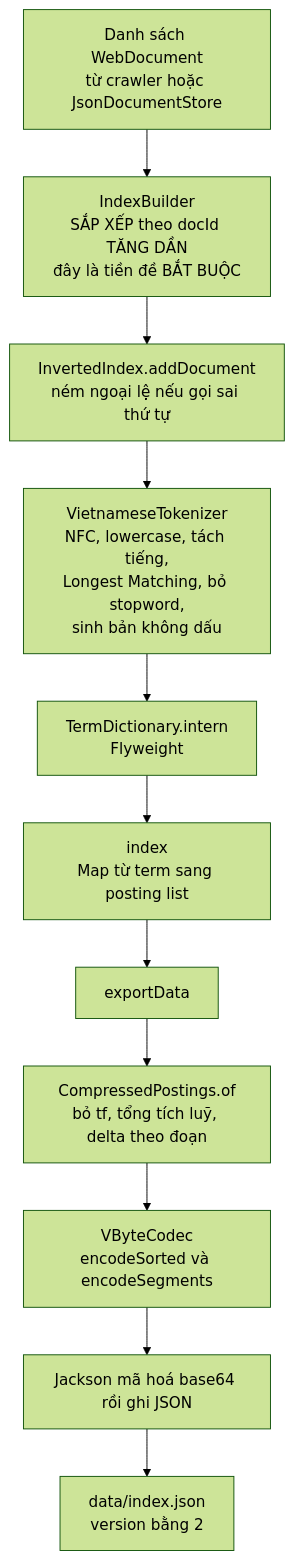
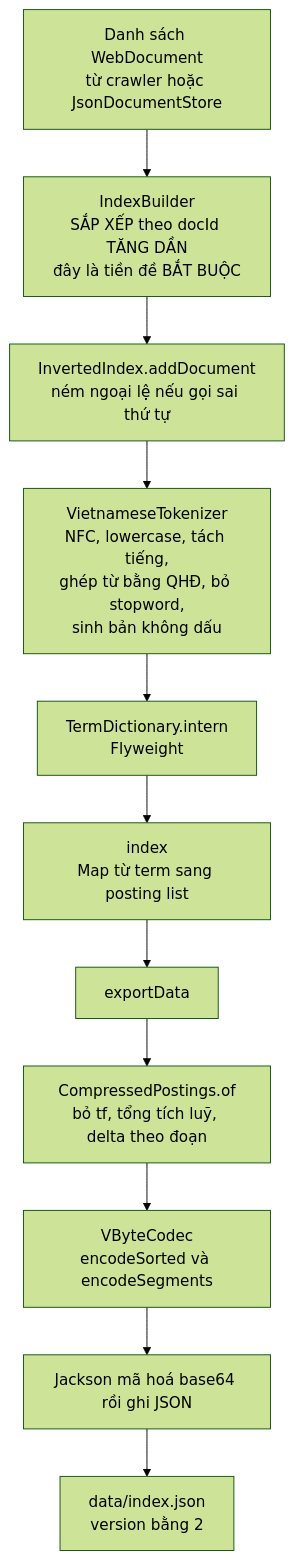
One commit to KietAnhCS/CocCoc-Plus changed the second of 11 diagrams in docs/Math/03-index/00-SO-DO-TU-DUY.md. Above: the diagram before and after it, drawn with Mermaid (forest theme). The commit also changed other lines of this file and 1 other file, not shown here.

First line of the commit message:
docs: correct tokenizer algorithm and dictionary

````diff
--- a/docs/Math/03-index/00-SO-DO-TU-DUY.md
+++ b/docs/Math/03-index/00-SO-DO-TU-DUY.md
@@ -88,19 +88,19 @@
 ```mermaid
 
 flowchart TD
     DOC["Danh sách WebDocument<br/>từ crawler hoặc JsonDocumentStore"]
     SORT["IndexBuilder<br/>SẮP XẾP theo docId TĂNG DẦN<br/>đây là tiền đề BẮT BUỘC"]
     ADD["InvertedIndex.addDocument<br/>ném ngoại lệ nếu gọi sai thứ tự"]
-    TOK["VietnameseTokenizer<br/>NFC, lowercase, tách tiếng,<br/>Longest Matching, bỏ stopword,<br/>sinh bản không dấu"]
+    TOK["VietnameseTokenizer<br/>NFC, lowercase, tách tiếng,<br/>ghép từ bằng QHĐ, bỏ stopword,<br/>sinh bản không dấu"]
     INTERN["TermDictionary.intern<br/>Flyweight"]
     IDX["index<br/>Map từ term sang posting list"]
 
     EXP["exportData"]
     COMP["CompressedPostings.of<br/>bỏ tf, tổng tích luỹ, delta theo đoạn"]
     VB["VByteCodec<br/>encodeSorted và encodeSegments"]
     B64["Jackson mã hoá base64 rồi ghi JSON"]
     FILE["data/index.json<br/>version bằng 2"]
 
     DOC --> SORT --> ADD --> TOK --> INTERN --> IDX
     IDX --> EXP --> COMP --> VB --> B64 --> FILE
 ```
````
